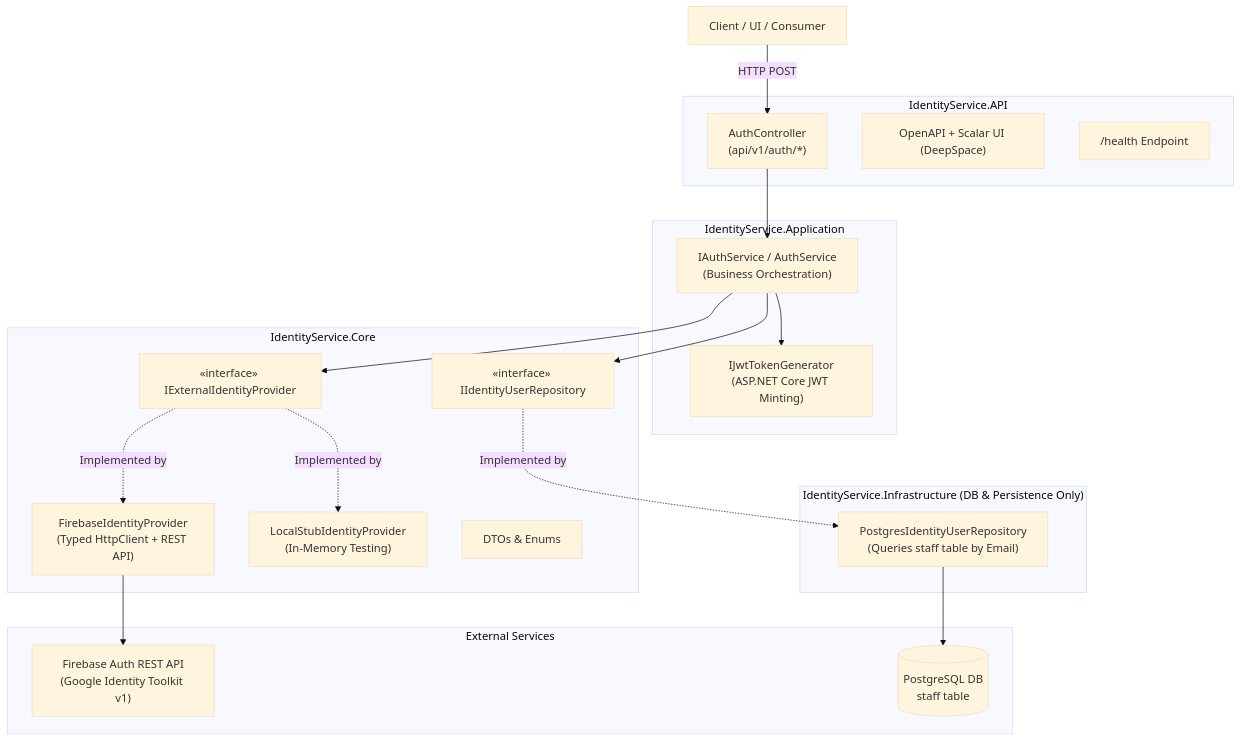
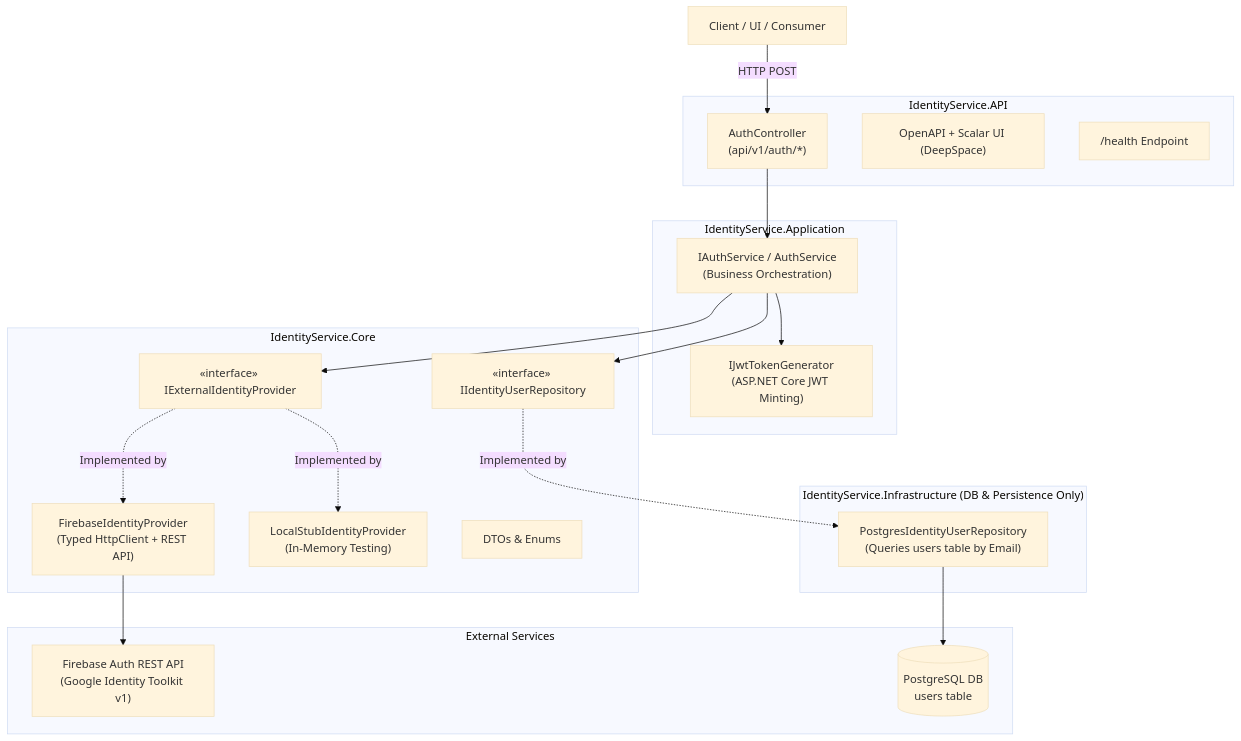
The diagram in README.md (TheCreatorGanesh/Identity-Service), drawn with Mermaid (base theme) before and after one commit. The commit also changed other lines of this file and 14 other files, not shown here.

Commit message:
feat: rename staff table to users and add SQL migrations

````diff
--- a/README.md
+++ b/README.md
@@ -11,45 +11,45 @@
 ```mermaid
 graph TD
     Client["Client / UI / Consumer"]
 
     subgraph API ["IdentityService.API"]
         Controller["AuthController<br/>(api/v1/auth/*)"]
         OpenApi["OpenAPI + Scalar UI (DeepSpace)"]
         Health["/health Endpoint"]
     end
 
     subgraph App ["IdentityService.Application"]
         AuthSvc["IAuthService / AuthService<br/>(Business Orchestration)"]
         JwtGen["IJwtTokenGenerator<br/>(ASP.NET Core JWT Minting)"]
     end
 
     subgraph Core ["IdentityService.Core"]
         IIdP["«interface» IExternalIdentityProvider"]
         FirebaseIdP["FirebaseIdentityProvider<br/>(Typed HttpClient + REST API)"]
         StubIdP["LocalStubIdentityProvider<br/>(In-Memory Testing)"]
         IUserRepo["«interface» IIdentityUserRepository"]
         DTOs["DTOs & Enums"]
     end
 
     subgraph Infra ["IdentityService.Infrastructure (DB & Persistence Only)"]
-        PGRepo["PostgresIdentityUserRepository<br/>(Queries staff table by Email)"]
+        PGRepo["PostgresIdentityUserRepository<br/>(Queries users table by Email)"]
     end
 
     subgraph External ["External Services"]
         FirebaseAuth["Firebase Auth REST API<br/>(Google Identity Toolkit v1)"]
-        Postgres[("PostgreSQL DB<br/>staff table")]
+        Postgres[("PostgreSQL DB<br/>users table")]
     end
 
     Client -->|HTTP POST| Controller
     Controller --> AuthSvc
     AuthSvc --> IIdP
     AuthSvc --> IUserRepo
     AuthSvc --> JwtGen
 
     IIdP -.->|Implemented by| FirebaseIdP
     IIdP -.->|Implemented by| StubIdP
     IUserRepo -.->|Implemented by| PGRepo
 
     FirebaseIdP --> FirebaseAuth
     PGRepo --> Postgres
 ```
````
